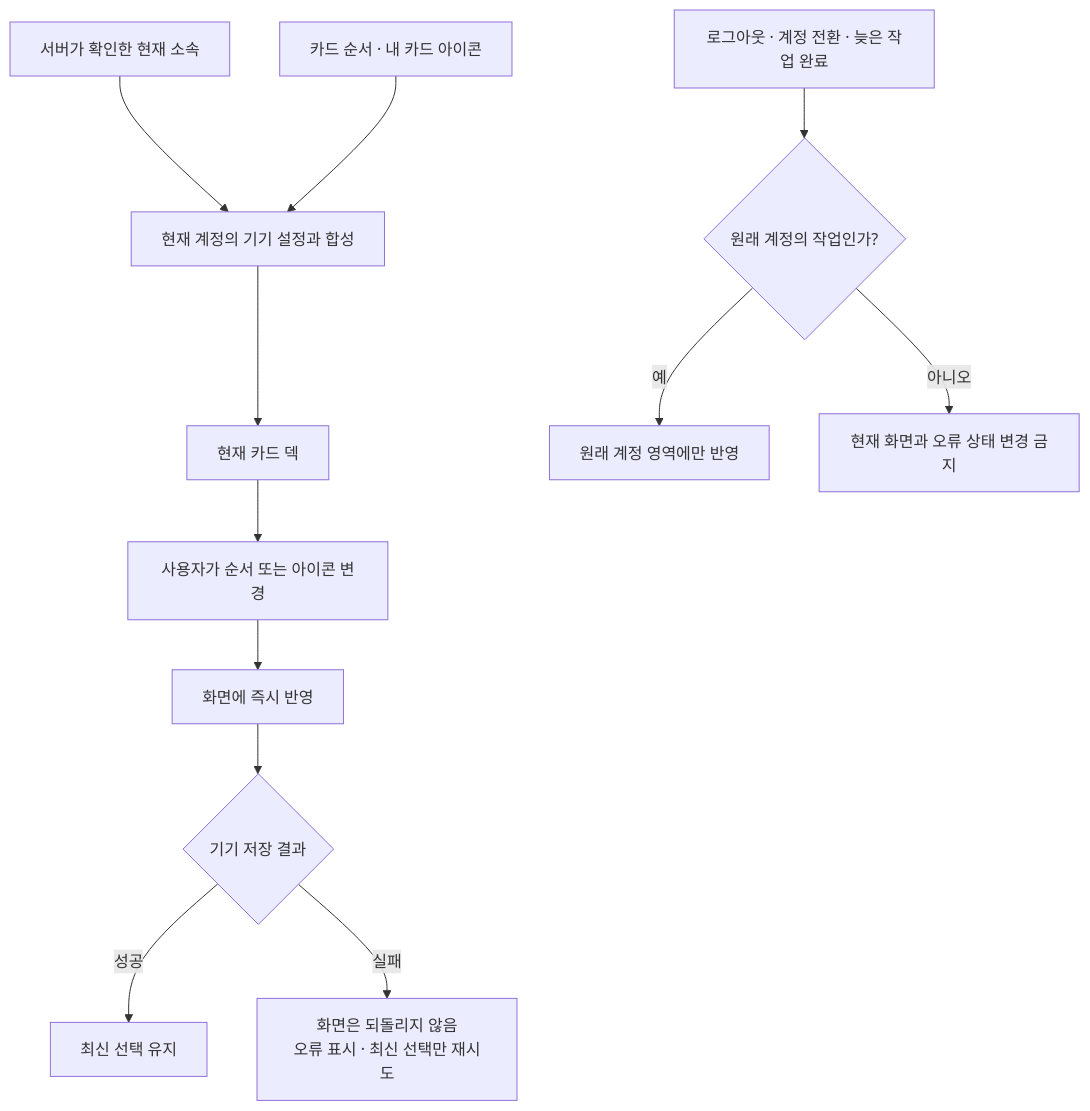
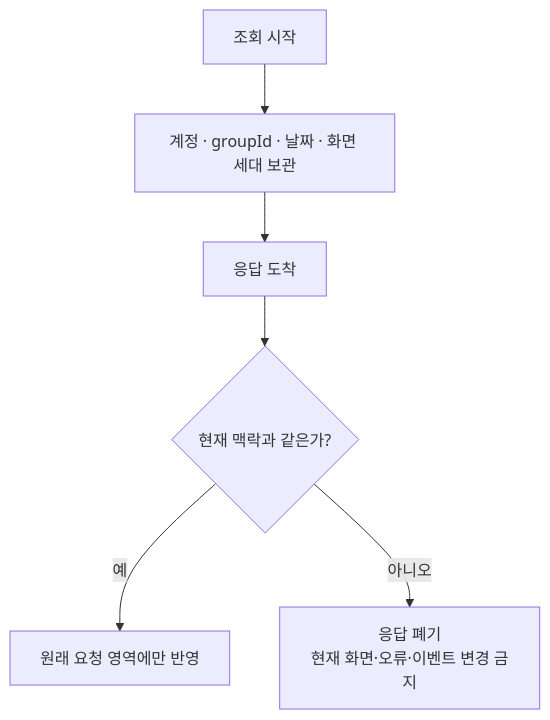
Before and after one commit to OneOrThree/phone: the second of 4 diagrams in docs/prd/group/low-level-design.md, drawn with Mermaid. The commit also changed other lines of this file and 17 other files, not shown here.

````diff
--- a/docs/prd/group/low-level-design.md
+++ b/docs/prd/group/low-level-design.md
@@ -50,16 +52,8 @@
 ```mermaid
 flowchart TB
-    Server["서버가 확인한 현재 소속"] --> Compose["현재 계정의 기기 설정과 합성"]
-    Local["카드 순서 · 내 카드 아이콘"] --> Compose
-    Compose --> UI["현재 카드 덱"]
-
-    UI --> Intent["사용자가 순서 또는 아이콘 변경"]
-    Intent --> Immediate["화면에 즉시 반영"]
-    Immediate --> Save{"기기 저장 결과"}
-    Save -->|성공| Keep["최신 선택 유지"]
-    Save -->|실패| Retry["화면은 되돌리지 않음<br/>오류 표시 · 최신 선택만 재시도"]
-
-    Switch["로그아웃 · 계정 전환 · 늦은 작업 완료"] --> Guard{"원래 계정의 작업인가?"}
-    Guard -->|예| Original["원래 계정 영역에만 반영"]
-    Guard -->|아니오| Discard["현재 화면과 오류 상태 변경 금지"]
+    Request["조회 시작"] --> Capture["계정 · groupId · 날짜 · 화면 세대 보관"]
+    Capture --> Response["응답 도착"]
+    Response --> Same{"현재 맥락과 같은가?"}
+    Same -->|예| Apply["원래 요청 영역에만 반영"]
+    Same -->|아니오| Discard["응답 폐기<br/>현재 화면·오류·이벤트 변경 금지"]
 ```
````
